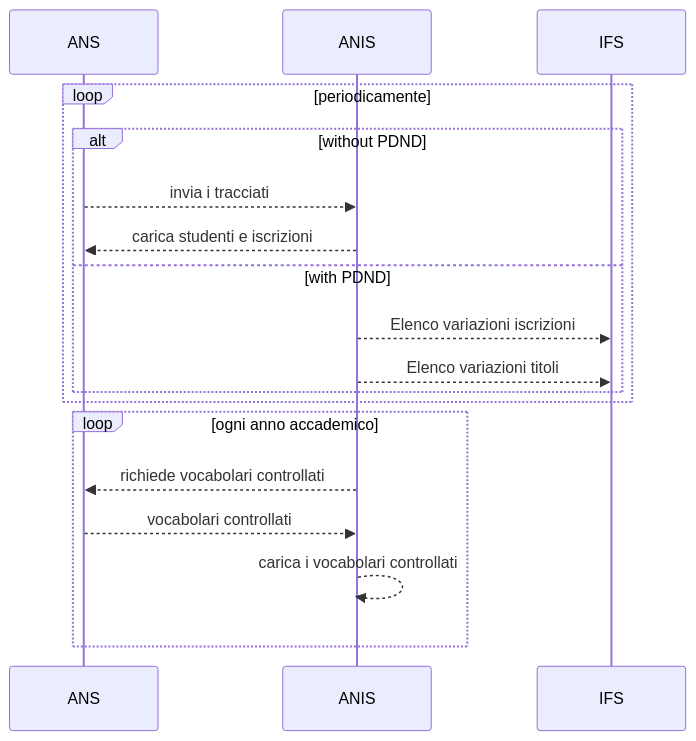
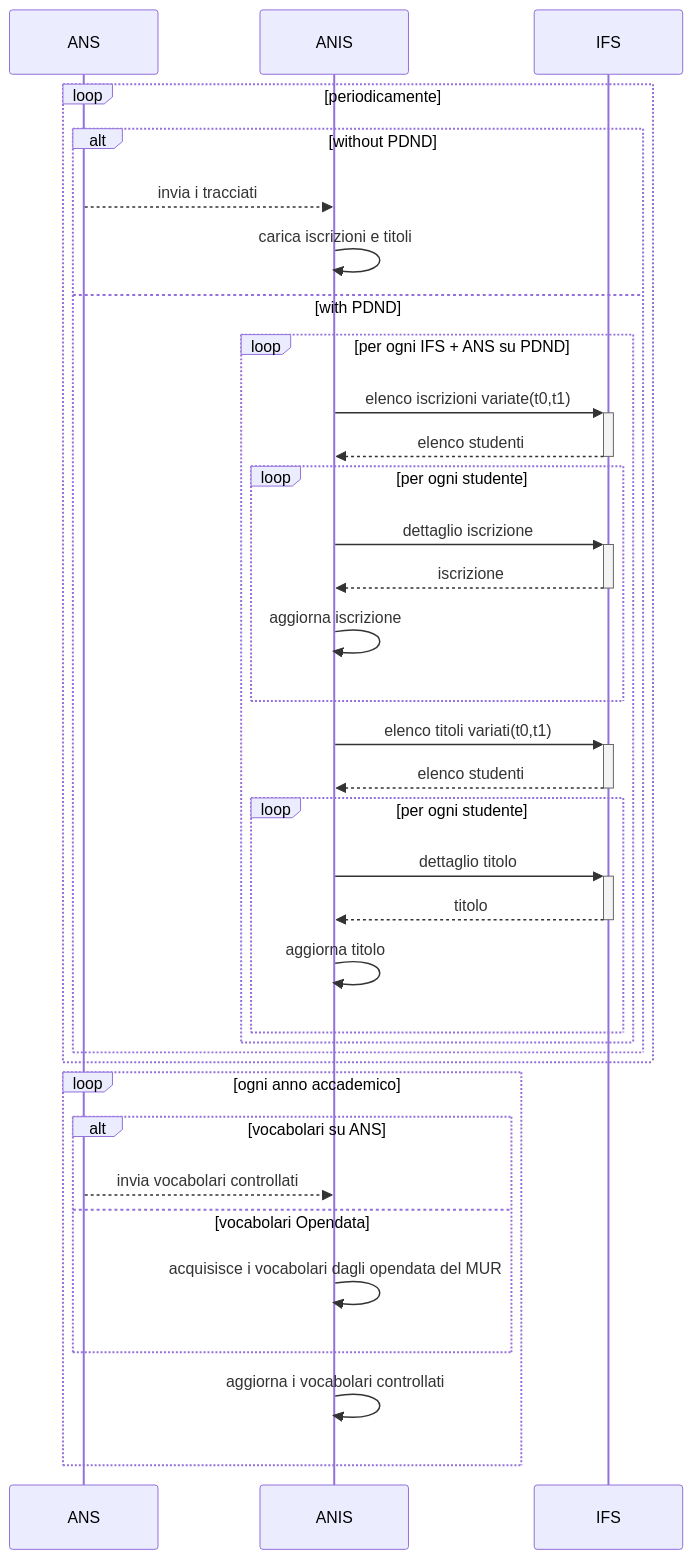
Before and after one commit to italia/anis-opendata: the diagram in use cases/caricamento.md, drawn with Mermaid.

Commit message:
update use case caricamento dati

````diff
--- a/use cases/caricamento.md
+++ b/use cases/caricamento.md
@@ -1,18 +1,34 @@
 ```mermaid
 sequenceDiagram
     loop periodicamente
         alt without PDND
             ANS-->>ANIS: invia i tracciati
-            ANIS-->>ANS: carica studenti e iscrizioni
+            ANIS->>ANIS: carica iscrizioni e titoli
         else with PDND
-            ANIS-->>IFS: Elenco variazioni iscrizioni
-
-            ANIS-->>IFS: Elenco variazioni titoli
+            loop per ogni IFS + ANS su PDND
+                ANIS->>+IFS: elenco iscrizioni variate(t0,t1)
+                IFS-->>-ANIS: elenco studenti
+                loop per ogni studente
+                    ANIS->>+IFS: dettaglio iscrizione
+                    IFS-->>-ANIS: iscrizione
+                    ANIS->>ANIS: aggiorna iscrizione
+                end
+                ANIS->>+IFS: elenco titoli variati(t0,t1)
+                IFS-->>-ANIS: elenco studenti
+                loop per ogni studente
+                    ANIS->>+IFS: dettaglio titolo
+                    IFS-->>-ANIS: titolo
+                    ANIS->>ANIS: aggiorna titolo
+                end
+            end
         end
     end
     loop ogni anno accademico
-        ANIS-->>ANS: richiede vocabolari controllati
-        ANS-->>ANIS: vocabolari controllati
-        ANIS-->>ANIS: carica i vocabolari controllati
+        alt vocabolari su ANS
+            ANS-->>ANIS: invia vocabolari controllati
+        else vocabolari Opendata
+            ANIS->>ANIS: acquisisce i vocabolari dagli opendata del MUR
+        end
+        ANIS->>ANIS: aggiorna i vocabolari controllati
     end
 ```
````
